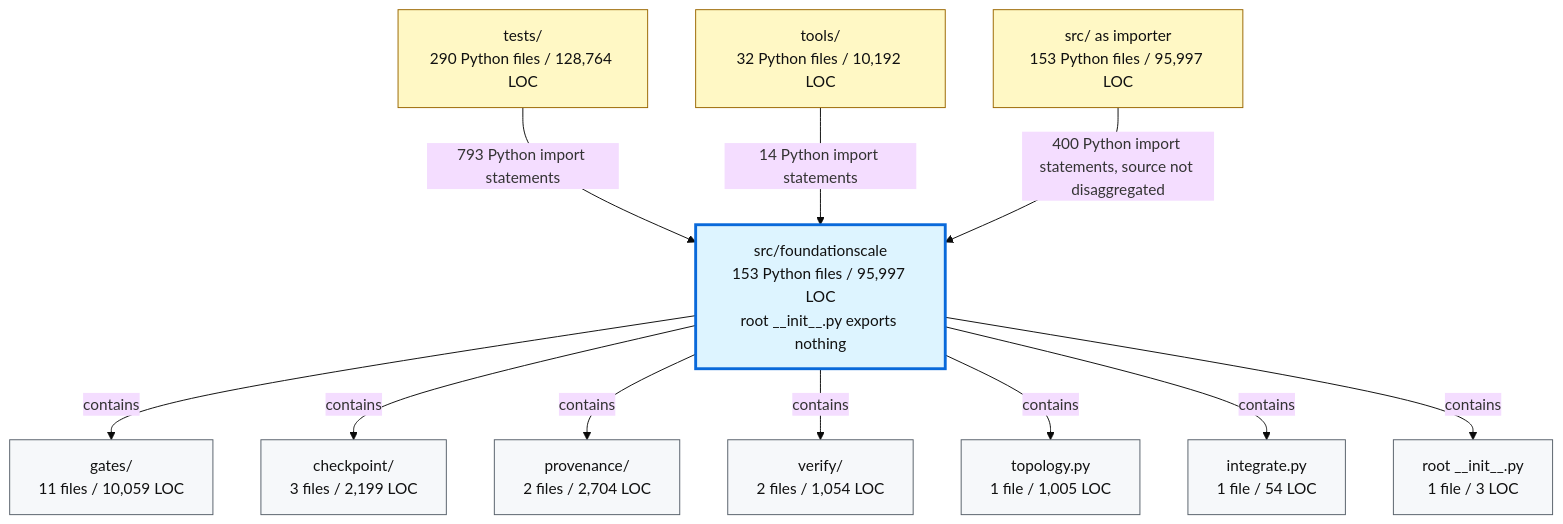
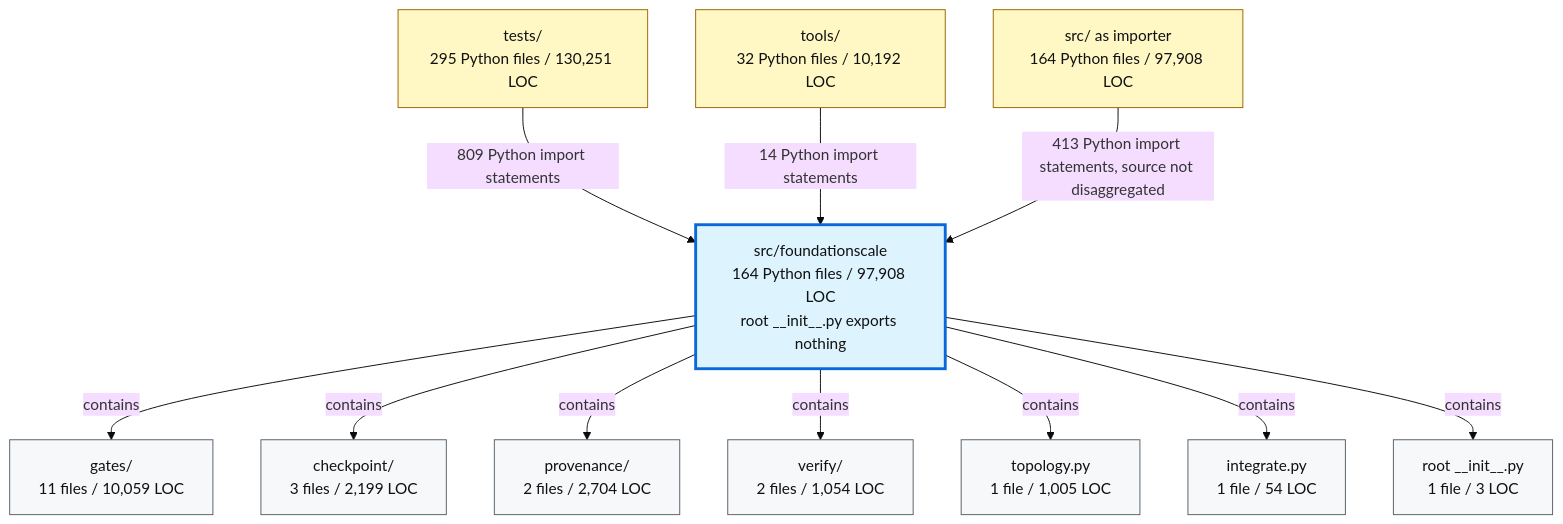
One commit to TranNhiem/FoundationScale changed the second of 2 diagrams in docs/review/D2_current_architecture.md. Above: the diagram before and after it, drawn with Mermaid (base theme). The commit also changed other lines of this file and 10 other files, not shown here.

````diff
--- a/docs/review/D2_current_architecture.md
+++ b/docs/review/D2_current_architecture.md
@@ -97,36 +97,36 @@
 ```mermaid
 flowchart TB
-  TESTS["tests/<br/>290 Python files / 128,764 LOC"]
+  TESTS["tests/<br/>295 Python files / 130,251 LOC"]
   TOOLS["tools/<br/>32 Python files / 10,192 LOC"]
-  SRC["src/ as importer<br/>153 Python files / 95,997 LOC"]
+  SRC["src/ as importer<br/>164 Python files / 97,908 LOC"]
 
-  FS["src/foundationscale<br/>153 Python files / 95,997 LOC<br/>root __init__.py exports nothing"]
+  FS["src/foundationscale<br/>164 Python files / 97,908 LOC<br/>root __init__.py exports nothing"]
 
   GATES["gates/<br/>11 files / 10,059 LOC"]
   CKPT["checkpoint/<br/>3 files / 2,199 LOC"]
   PROV["provenance/<br/>2 files / 2,704 LOC"]
   VERIFY["verify/<br/>2 files / 1,054 LOC"]
   TOPO["topology.py<br/>1 file / 1,005 LOC"]
   INTEG["integrate.py<br/>1 file / 54 LOC"]
   ROOT["root __init__.py<br/>1 file / 3 LOC"]
 
-  TESTS -->|"793 Python import statements"| FS
+  TESTS -->|"809 Python import statements"| FS
   TOOLS -->|"14 Python import statements"| FS
-  SRC -->|"400 Python import statements, source not disaggregated"| FS
+  SRC -->|"413 Python import statements, source not disaggregated"| FS
 
   FS -->|"contains"| GATES
   FS -->|"contains"| CKPT
   FS -->|"contains"| PROV
   FS -->|"contains"| VERIFY
   FS -->|"contains"| TOPO
   FS -->|"contains"| INTEG
   FS -->|"contains"| ROOT
 
   classDef consumer fill:#fff8c5,stroke:#9a6700,color:#111;
   classDef package fill:#ddf4ff,stroke:#0969da,stroke-width:3px,color:#111;
   classDef module fill:#f6f8fa,stroke:#57606a,color:#111;
 
   class TESTS,TOOLS,SRC consumer;
   class FS package;
   class GATES,CKPT,PROV,VERIFY,TOPO,INTEG,ROOT module;
 ```
````
